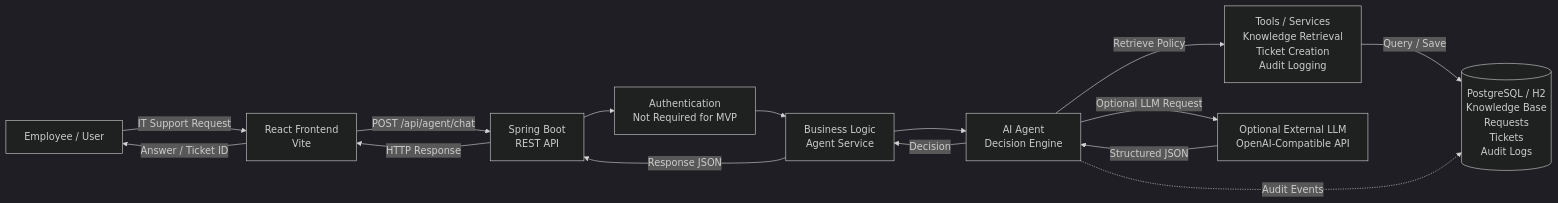
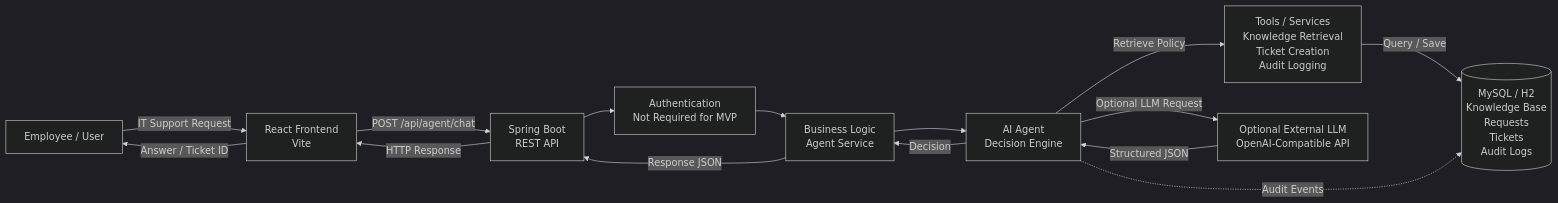
One commit to Utkarshgupta2027/veridian-it-support-agent changed the first of 3 diagrams in README.md. Above: the diagram before and after it, drawn with Mermaid (dark theme). The commit also changed other lines of this file and 6 other files, not shown here.

````diff
--- a/README.md
+++ b/README.md
@@ -31,27 +31,27 @@
 ```mermaid
 flowchart LR
     U[Employee / User]
     FE[React Frontend<br/>Vite]
     API[Spring Boot<br/>REST API]
     AUTH[Authentication<br/>Not Required for MVP]
     BL[Business Logic<br/>Agent Service]
     AG[AI Agent<br/>Decision Engine]
     TOOLS[Tools / Services<br/>Knowledge Retrieval<br/>Ticket Creation<br/>Audit Logging]
-    DB[(PostgreSQL / H2<br/>Knowledge Base<br/>Requests<br/>Tickets<br/>Audit Logs)]
+    DB[(MySQL / H2<br/>Knowledge Base<br/>Requests<br/>Tickets<br/>Audit Logs)]
     LLM[Optional External LLM<br/>OpenAI-Compatible API]
 
     U -->|IT Support Request| FE
     FE -->|POST /api/agent/chat| API
     API --> AUTH
     AUTH --> BL
     BL --> AG
     AG -->|Retrieve Policy| TOOLS
     TOOLS -->|Query / Save| DB
     AG -->|Optional LLM Request| LLM
     LLM -->|Structured JSON| AG
     AG -->|Decision| BL
     BL -->|Response JSON| API
     API -->|HTTP Response| FE
     FE -->|Answer / Ticket ID| U
     AG -.->|Audit Events| DB
 ```
````
